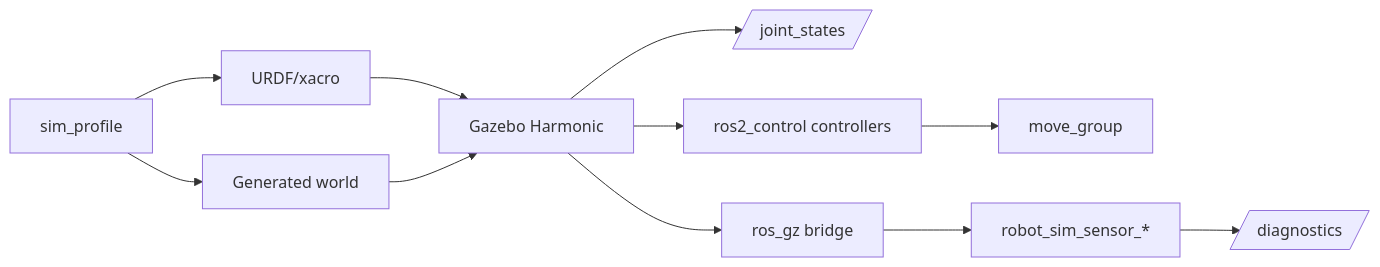
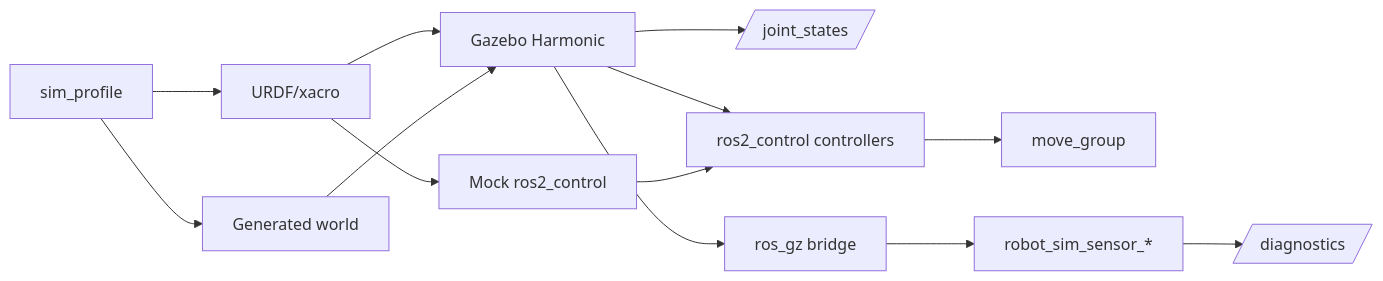
Before and after one commit to MzKyle/Robot-Sim: the diagram in docs/architecture/data-flow.md, drawn with Mermaid. The commit also changed other lines of this file and 17 other files, not shown here.

Commit message:
更新项目文档与展示图

````diff
--- a/docs/architecture/data-flow.md
+++ b/docs/architecture/data-flow.md
@@ -3,24 +3,27 @@
 ```mermaid
 flowchart LR
     Xacro[URDF/xacro]
     Profile[sim_profile]
     World[Generated world]
+    Mock[Mock ros2_control]
     Gazebo[Gazebo Harmonic]
     JointStates[/joint_states/]
     Controllers[ros2_control controllers]
     MoveGroup[move_group]
     Bridge[ros_gz bridge]
     Receivers[robot_sim_sensor_*]
     Diagnostics[/diagnostics/]
 
     Profile --> Xacro
     Profile --> World
     Xacro --> Gazebo
     World --> Gazebo
+    Xacro --> Mock
     Gazebo --> JointStates
     Gazebo --> Controllers
+    Mock --> Controllers
     Controllers --> MoveGroup
     Gazebo --> Bridge
     Bridge --> Receivers
     Receivers --> Diagnostics
 ```
````
